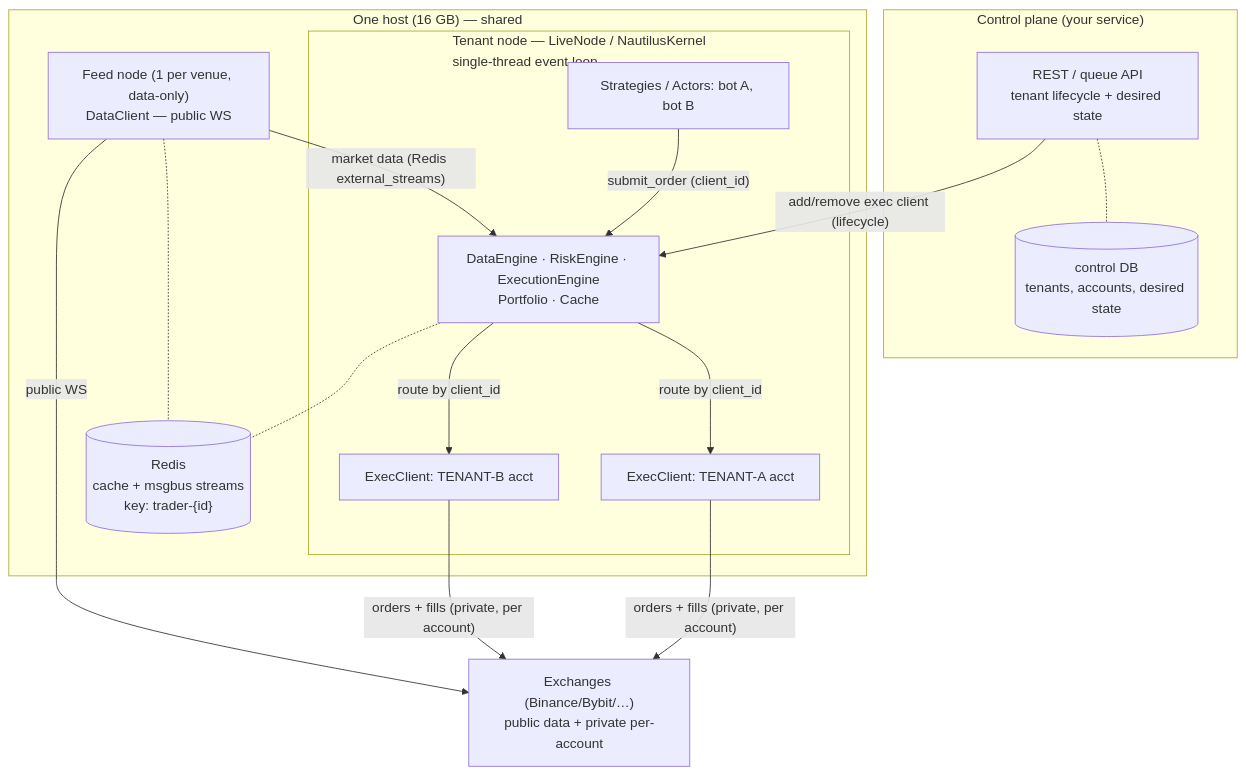
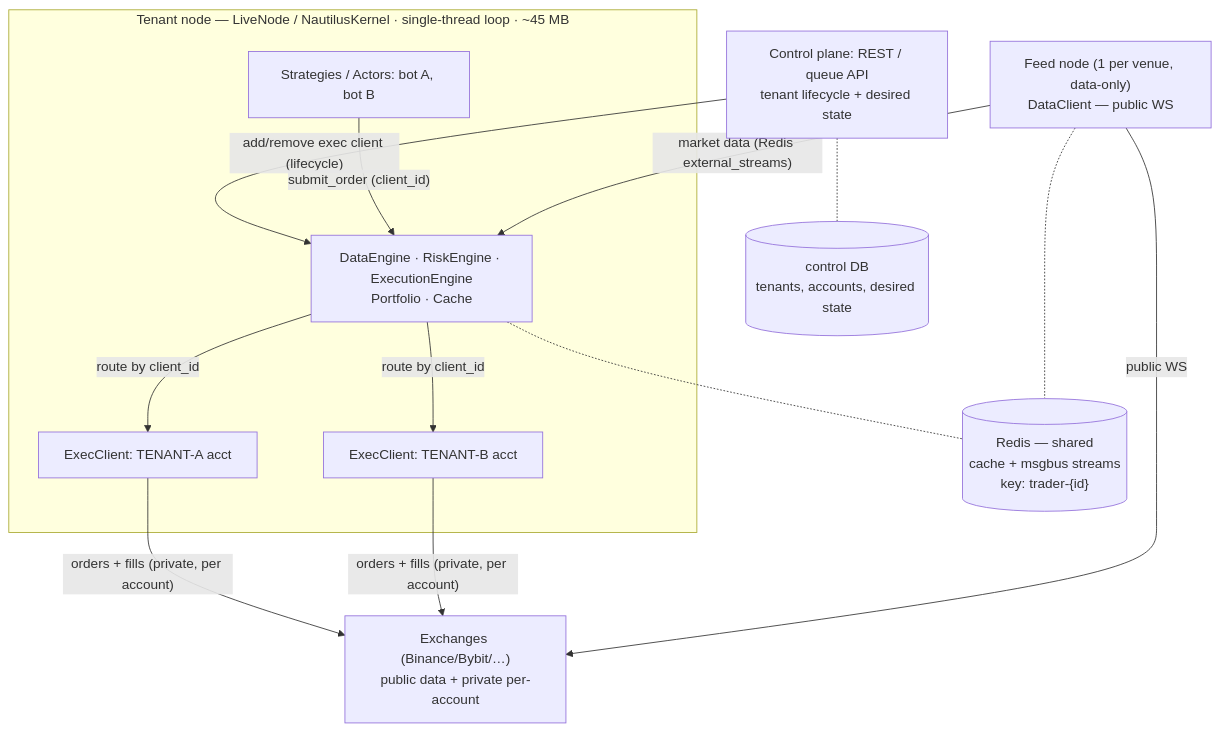
Before and after one commit to vddhub/nautilus_trader: the first of 3 diagrams in poc/ARCHITECTURE.md, drawn with Mermaid. The commit also changed other lines of this file, not shown here.

Commit message:
Flatten high-level diagram to one subgraph so edge labels anchor cleanly

````diff
--- a/poc/ARCHITECTURE.md
+++ b/poc/ARCHITECTURE.md
@@ -11,30 +12,25 @@
 ```mermaid
 flowchart TB
-  subgraph CP["Control plane (your service)"]
-    API["REST / queue API<br/>tenant lifecycle + desired state"]
-    DB[("control DB<br/>tenants, accounts, desired state")]
+  API["Control plane: REST / queue API<br/>tenant lifecycle + desired state"]
+  DB[("control DB<br/>tenants, accounts, desired state")]
+  FEED["Feed node (1 per venue, data-only)<br/>DataClient — public WS"]
+  RED[("Redis — shared<br/>cache + msgbus streams<br/>key: trader-{id}")]
+  VEN["Exchanges (Binance/Bybit/…)<br/>public data + private per-account"]
+
+  subgraph NODE["Tenant node — LiveNode / NautilusKernel · single-thread loop · ~45 MB"]
+    KERNEL["DataEngine · RiskEngine · ExecutionEngine<br/>Portfolio · Cache"]
+    BOTS["Strategies / Actors: bot A, bot B"]
+    EC1["ExecClient: TENANT-A acct"]
+    EC2["ExecClient: TENANT-B acct"]
   end
-
-  subgraph HOST["One host (16 GB) — shared"]
-    FEED["Feed node (1 per venue, data-only)<br/>DataClient — public WS"]
-    subgraph NODE["Tenant node — LiveNode / NautilusKernel<br/>single-thread event loop"]
-      KERNEL["DataEngine · RiskEngine · ExecutionEngine<br/>Portfolio · Cache"]
-      EC1["ExecClient: TENANT-A acct"]
-      EC2["ExecClient: TENANT-B acct"]
-      BOTS["Strategies / Actors: bot A, bot B"]
-    end
-    RED[("Redis<br/>cache + msgbus streams<br/>key: trader-{id}")]
-  end
-
-  VEN["Exchanges (Binance/Bybit/…)<br/>public data + private per-account"]
 
   API -->|"add/remove exec client (lifecycle)"| KERNEL
   API -.- DB
   BOTS -->|"submit_order (client_id)"| KERNEL
   KERNEL -->|"route by client_id"| EC1 & EC2
   EC1 & EC2 -->|"orders + fills (private, per account)"| VEN
   FEED -->|"market data (Redis external_streams)"| KERNEL
   FEED -->|"public WS"| VEN
   KERNEL -.- RED
   FEED -.- RED
 ```
````
